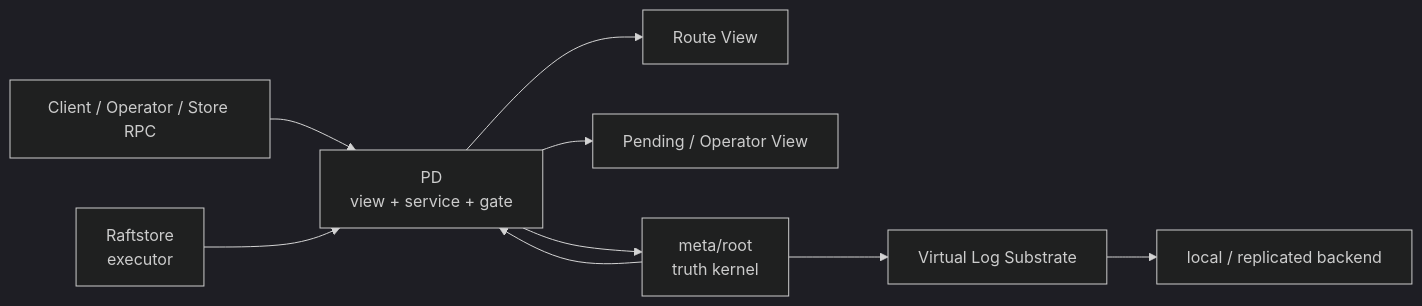
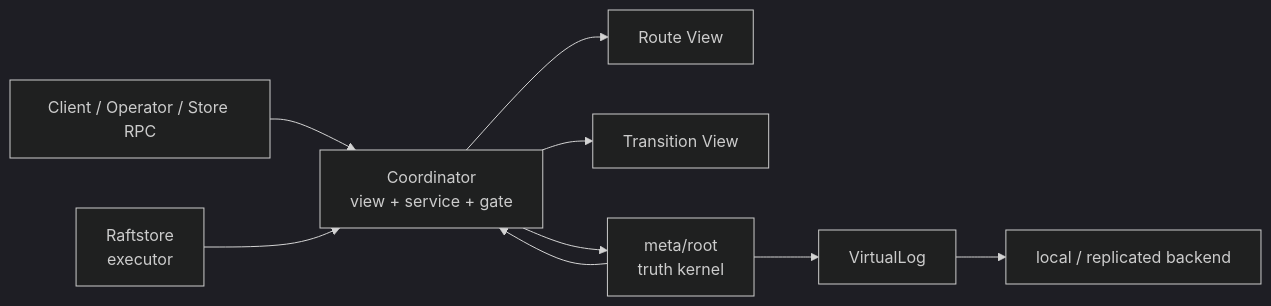
The first of 5 diagrams in docs/notes/2026-04-03-delos-lite-metadata-root-roadmap.md (feichai0017/NoKV), drawn with Mermaid (dark theme) before and after one commit. The commit also changed other lines of this file and 14 other files, not shown here.

````diff
--- a/docs/notes/2026-04-03-delos-lite-metadata-root-roadmap.md
+++ b/docs/notes/2026-04-03-delos-lite-metadata-root-roadmap.md
@@ -55,11 +55,11 @@
 ```mermaid
 flowchart LR
-    C["Client / Operator / Store RPC"] --> PD["PD\nview + service + gate"]
-    RS["Raftstore\nexecutor"] --> PD
-    PD --> RV["Route View"]
-    PD --> OV["Pending / Operator View"]
-    PD --> MR["meta/root\ntruth kernel"]
-    MR --> PD
-    MR --> VS["Virtual Log Substrate"]
+    C["Client / Operator / Store RPC"] --> Coordinator["Coordinator\nview + service + gate"]
+    RS["Raftstore\nexecutor"] --> Coordinator
+    Coordinator --> RV["Route View"]
+    Coordinator --> OV["Transition View"]
+    Coordinator --> MR["meta/root\ntruth kernel"]
+    MR --> Coordinator
+    MR --> VS["VirtualLog"]
     VS --> BK["local / replicated backend"]
 ```
````
